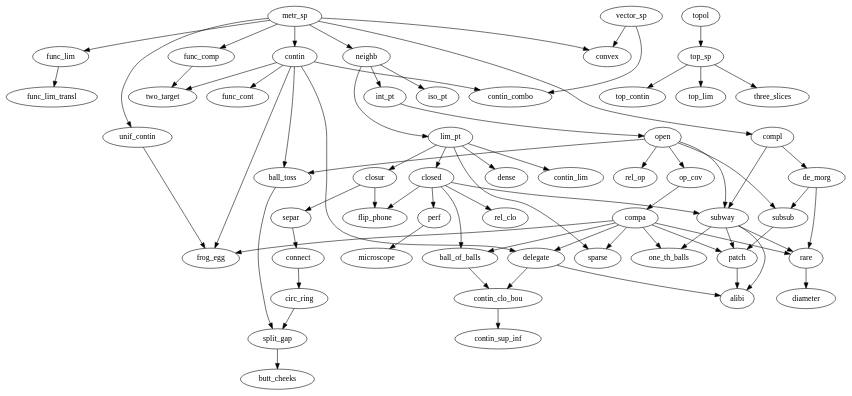
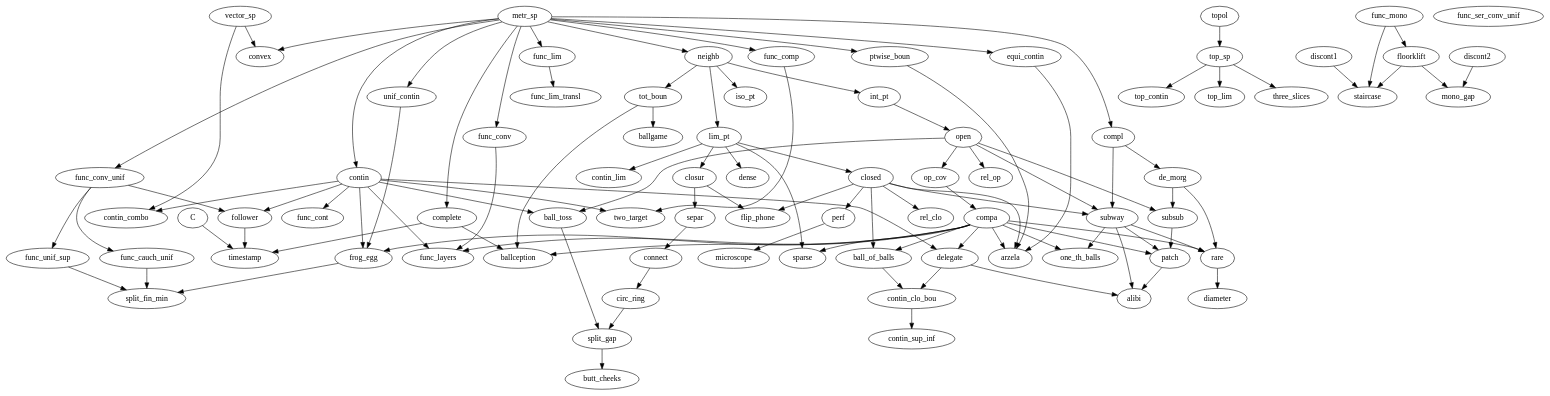
The diagram in topology.gv (naveenvpai/real_analysis), drawn with Graphviz before and after one commit. The commit also changed 1 other file, not shown here.

Commit message:
Add totally bounded stuff + equicontinuous stuff

```diff
--- a/topology.gv
+++ b/topology.gv
@@ -1,100 +1,150 @@
 digraph G {
   metr_sp -> neighb;
   metr_sp -> compl;
   neighb -> int_pt;
   neighb -> lim_pt;
   neighb -> iso_pt;
   int_pt -> open;
   lim_pt -> closed;
   lim_pt -> closur;
   lim_pt -> dense;
   closed -> perf;
   closed -> rel_clo;
   open -> rel_op;
   open-> op_cov;
   op_cov -> compa;
   compl -> de_morg;
   compl -> subway;
   open -> subway;
   closed -> subway;
   subway -> one_th_balls;
   compa -> one_th_balls;
   open -> subsub;
   de_morg -> subsub;
   subsub -> patch;
   compa -> patch;
   subway -> patch;
   closed -> flip_phone;
   closur -> flip_phone;
   compa -> rare;
   subway -> rare;
   de_morg -> rare;
   compa -> sparse;
   lim_pt -> sparse;
   rare -> diameter;
   vector_sp -> convex;
   metr_sp -> convex;
   closur -> separ;
   separ -> connect;
   connect -> circ_ring;
   metr_sp -> func_lim;
   metr_sp -> contin;
   perf -> microscope;
   func_lim -> func_lim_transl;
   contin -> func_cont;
   metr_sp -> func_comp;
   contin -> two_target;
   func_comp -> two_target;
   open -> ball_toss;
   contin -> ball_toss;
   lim_pt -> contin_lim;
   contin -> contin_combo;
   vector_sp -> contin_combo;
   compa -> ball_of_balls;
   closed -> ball_of_balls;
   compa -> delegate;
   contin -> delegate;
   ball_of_balls -> contin_clo_bou;
   delegate -> contin_clo_bou;
   contin_clo_bou -> contin_sup_inf;
   delegate -> alibi
   patch -> alibi
   subway -> alibi
   metr_sp -> unif_contin
   unif_contin -> frog_egg
   compa -> frog_egg
   contin -> frog_egg
   circ_ring -> split_gap
   ball_toss -> split_gap
   split_gap -> butt_cheeks
   topol -> top_sp
   top_sp -> top_contin
   top_sp -> top_lim
   top_sp -> three_slices
+  discont1
+  discont2
+  func_mono
+  func_mono -> floorklift
+  discont2 -> mono_gap
+  floorklift -> mono_gap
+  func_mono -> staircase
+  floorklift -> staircase
+  discont1 -> staircase
+  metr_sp -> func_conv
+  metr_sp -> func_conv_unif
+  func_conv_unif -> func_cauch_unif
+  func_conv_unif -> func_unif_sup
+  func_ser_conv_unif
+  contin -> follower
+  func_conv_unif -> follower
+  C -> timestamp
+  follower -> timestamp
+  metr_sp -> complete
+  complete -> timestamp
+  compa -> func_layers
+  contin -> func_layers
+  func_conv -> func_layers
+  neighb -> tot_boun
+  tot_boun -> ballception
+  compa -> ballception
+  complete -> ballception
+  tot_boun -> ballgame
+  metr_sp -> ptwise_boun
+  metr_sp -> equi_contin
+  frog_egg -> split_fin_min
+  func_unif_sup -> split_fin_min
+  func_cauch_unif -> split_fin_min
+  ptwise_boun -> arzela
+  equi_contin -> arzela
+  closed -> arzela
+  compa -> arzela
 }
 
 /*
  * de_morg = De Morgan's Law
  * subway = Complement of Open Sets is Closed
  * one_th_balls = Compact Sets are Closed
  * subsub = Union/Intersection of Open/Closed Sets
  * patch = Closed subsets of compact sets are compact
  * flip_phone = Characterization of Closure
  * rare = Infinite Intersection of Compact Sets Nonempty when Finite Intersection Always Nonempty
  * sparse = Compact sets are Sequentially compact
  * microscope = Cantor 1/3 set is perfect
  * circ_ring = Characterization of Connected Sets
  * two_target = Composition of Partially Continuous Function is Partially Continuous
  * ball_toss = Continuous iff preimage of open sets are open
  * delegate = Continuous mpas preserve compactness
  * contin_lim = Continuous maps preserve limits
  * contin_combo = Combos of continuous maps are continuous
  * ball_of_balls = Compact implies closed and bounded
  * contin_clo_bou = Continuous func image of compact set is closed and bounded;
  * contin_sup_inf = Continuous func achieves inf and sup on compact set
  * alibi = 1-to-1 map from compact metric space preserves open sets
  * frog_egg = continuous map from a compact metric space is uniformly continuous
  * split_gap = continuous maps preserve connectedness
  * butt_cheeks = intermediate value theorem
  * three_slices = extended reals topology makes R compact
+ * floorklift = left and right limits always exist for monotonically increasing func + inequality involving sup/inf
+ * staircase = Monotone function on open interval has countably many discontinuities
+ * mono_gap = Monotone funcs R to R have no discont of 2nd kind
+ * func_cauch_unif = Equivalent characterization of function uniform convergence
+ * func_unif_sup = Converges uniformly iff supremum of distance goes to zero as function sequence goes to infinity
+ * func_ser_conv_unif = Function series converges uniformsly if supremum less than terms of convergent sequence (via comparison test)
+ * follower = if sequence of pointwise convergent, continuous functions converges uniformly then converges to continuous function
+ * timestamp = if Y complete, C(X;Y) is complete
+ * func_layers = monotone sequence of continuous functions on a compact metric space converges uniformly
+ * ballception = compact iff totally bounded and complete
+ * ballgame = if you have arbitrary epsilon maps with totally bounded images as well as "reverse continuity" then totally bounded
+ * split_fin_min = Cauchy sequence of contin,boun functions from compact metric space is equicontin
+ * arzela = Arzela-Escoli: set of contin,boun funcs is compact iff closed and ptwise bounded and equicontinuous
  * */
```
